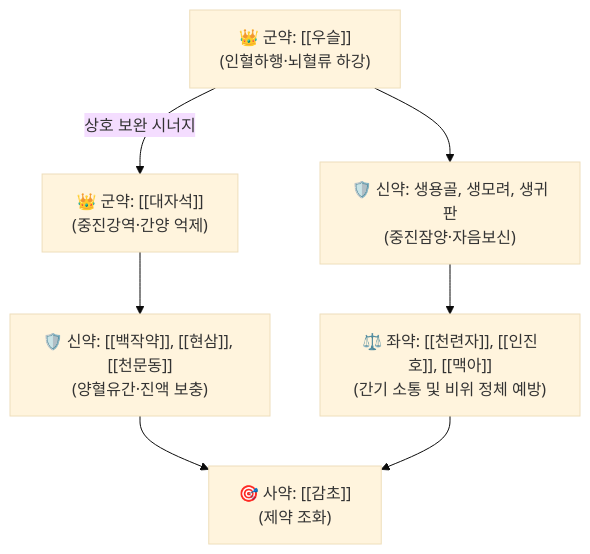
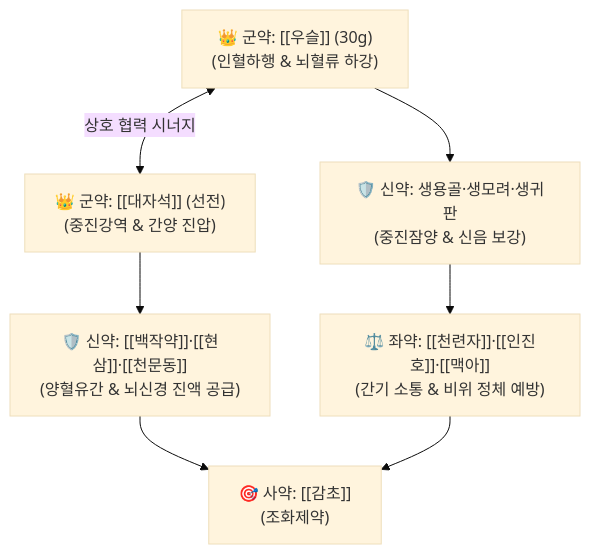
Before and after one commit to simbio11/simbio-digital-garden2: the diagram in content/2. 약리 공부/처방/08_치풍·안신·개규제/진간식풍탕.md, drawn with Mermaid (base theme). The commit also changed other lines of this file and 799 other files, not shown here.

````diff
--- a/content/2. 약리 공부/처방/08_치풍·안신·개규제/진간식풍탕.md
+++ b/content/2. 약리 공부/처방/08_치풍·안신·개규제/진간식풍탕.md
@@ -43,9 +48,9 @@
 ```mermaid
 graph TD
-    Gun1["👑 군약: [[우슬]]<br>(인혈하행·뇌혈류 하강)"] -->|상호 보완 시너지| Gun2["👑 군약: [[대자석]]<br>(중진강역·간양 억제)"]
-    Gun1 --> Sin1["🛡️ 신약: 생용골, 생모려, 생귀판<br>(중진잠양·자음보신)"]
-    Gun2 --> Sin2["🛡️ 신약: [[백작약]], [[현삼]], [[천문동]]<br>(양혈유간·진액 보충)"]
-    Sin1 --> Jwa["⚖️ 좌약: [[천련자]], [[인진호]], [[맥아]]<br>(간기 소통 및 비위 정체 예방)"]
-    Sin2 --> Sa["🎯 사약: [[감초]]<br>(제약 조화)"]
+    Gun1["👑 군약: [[우슬]] (30g)<br>(인혈하행 & 뇌혈류 하강)"] <-->|상호 협력 시너지| Gun2["👑 군약: [[대자석]] (선전)<br>(중진강역 & 간양 진압)"]
+    Gun1 --> Sin1["🛡️ 신약: 생용골·생모려·생귀판<br>(중진잠양 & 신음 보강)"]
+    Gun2 --> Sin2["🛡️ 신약: [[백작약]]·[[현삼]]·[[천문동]]<br>(양혈유간 & 뇌신경 진액 공급)"]
+    Sin1 --> Jwa["⚖️ 좌약: [[천련자]]·[[인진호]]·[[맥아]]<br>(간기 소통 & 비위 정체 예방)"]
+    Sin2 --> Sa["🎯 사약: [[감초]]<br>(조화제약)"]
     Jwa --> Sa
 ```
````
